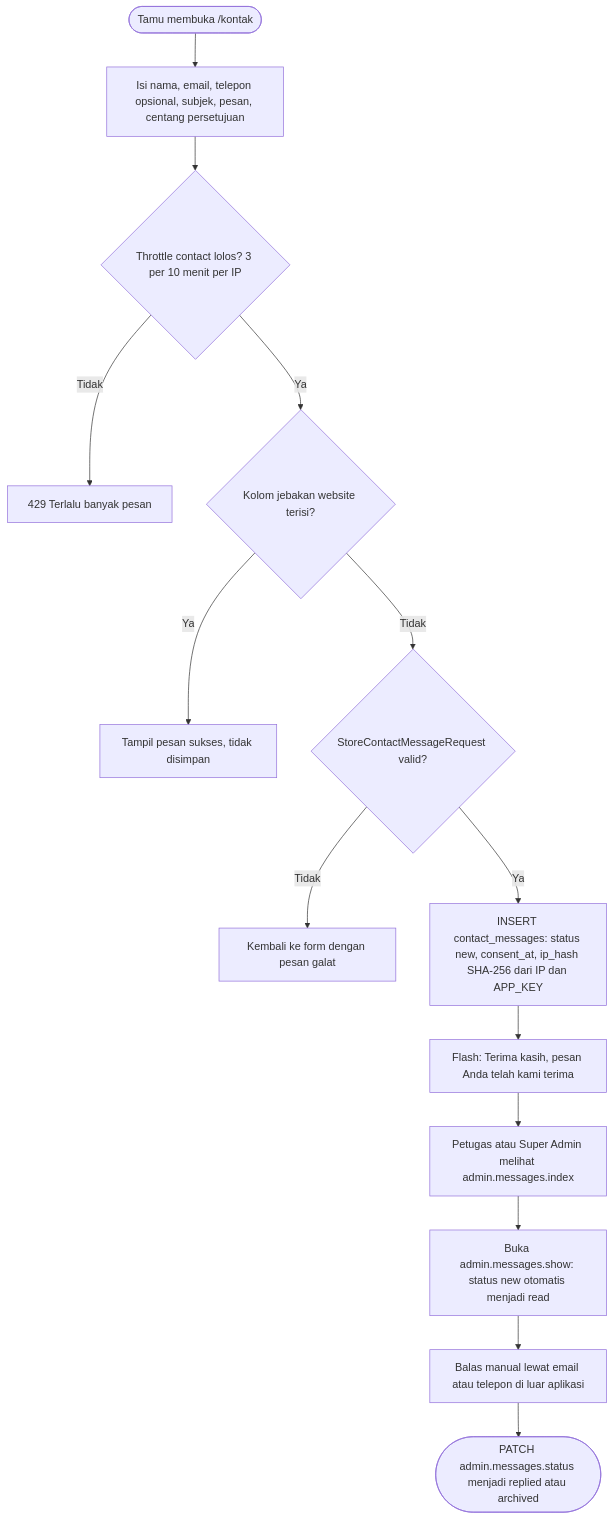
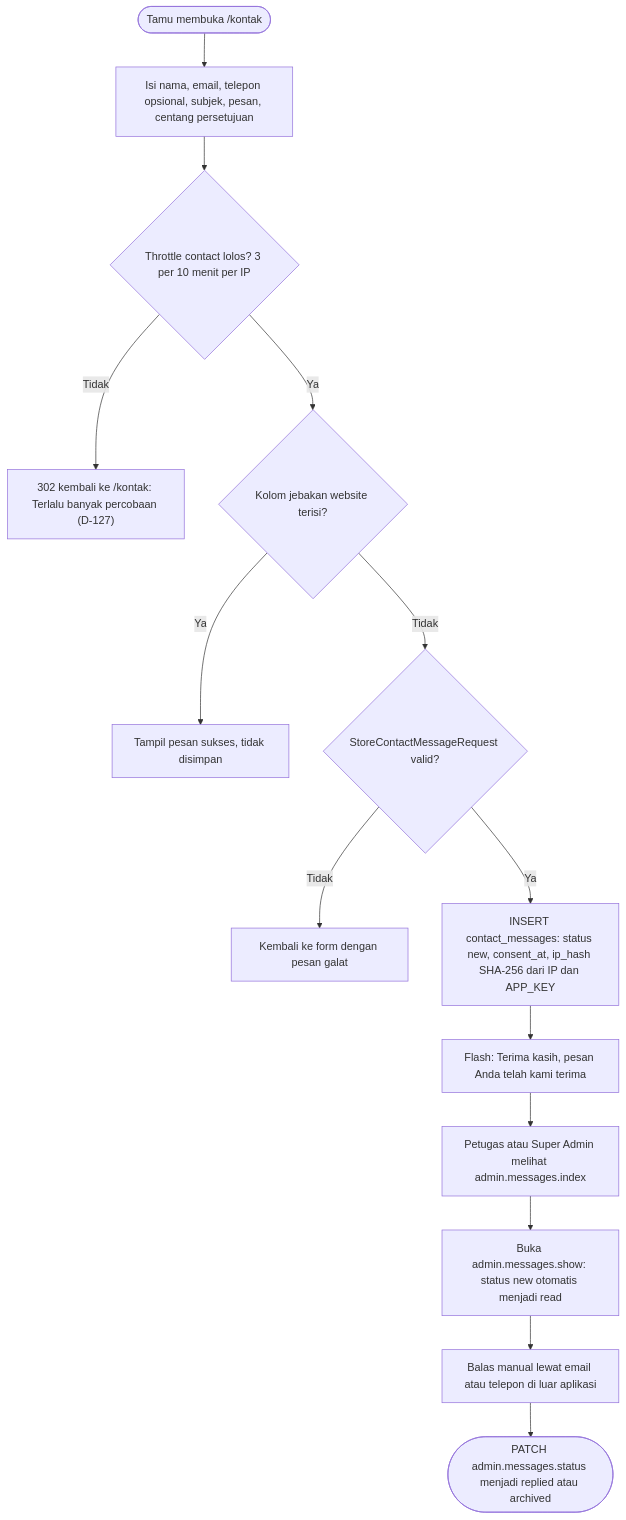
Diagram 25 of 27 in docs/superpowers/specs/2026-10-02-unpam-hospital-blueprint/06-alur.md (omangs007/Tugas_Pemrograman_2_UNPAM_HOSPITAL), drawn with Mermaid before and after one commit. The commit also changed other lines of this file and 7 other files, not shown here.

````diff
--- a/docs/superpowers/specs/2026-10-02-unpam-hospital-blueprint/06-alur.md
+++ b/docs/superpowers/specs/2026-10-02-unpam-hospital-blueprint/06-alur.md
@@ -1401,16 +1401,16 @@
 ```mermaid
 flowchart TD
     A(["Tamu membuka /kontak"]) --> B["Isi nama, email, telepon opsional, subjek, pesan, centang persetujuan"]
     B --> C{"Throttle contact lolos? 3 per 10 menit per IP"}
-    C -->|"Tidak"| C1["429 Terlalu banyak pesan"]
+    C -->|"Tidak"| C1["302 kembali ke /kontak: Terlalu banyak percobaan (D-127)"]
     C -->|"Ya"| D{"Kolom jebakan website terisi?"}
     D -->|"Ya"| D1["Tampil pesan sukses, tidak disimpan"]
     D -->|"Tidak"| E{"StoreContactMessageRequest valid?"}
     E -->|"Tidak"| E1["Kembali ke form dengan pesan galat"]
     E -->|"Ya"| F["INSERT contact_messages: status new, consent_at, ip_hash SHA-256 dari IP dan APP_KEY"]
     F --> G["Flash: Terima kasih, pesan Anda telah kami terima"]
     G --> H["Petugas atau Super Admin melihat admin.messages.index"]
     H --> I["Buka admin.messages.show: status new otomatis menjadi read"]
     I --> J["Balas manual lewat email atau telepon di luar aplikasi"]
     J --> K(["PATCH admin.messages.status menjadi replied atau archived"])
 ```
````
